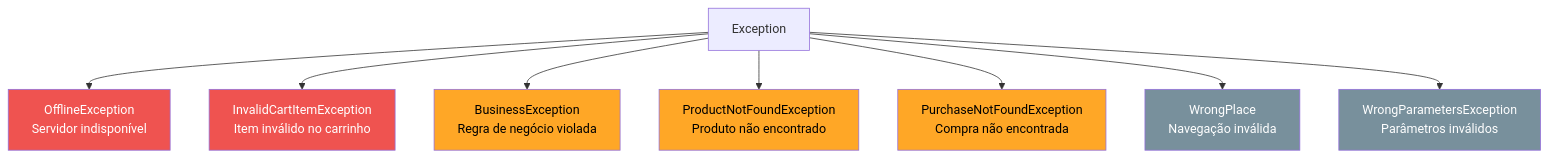
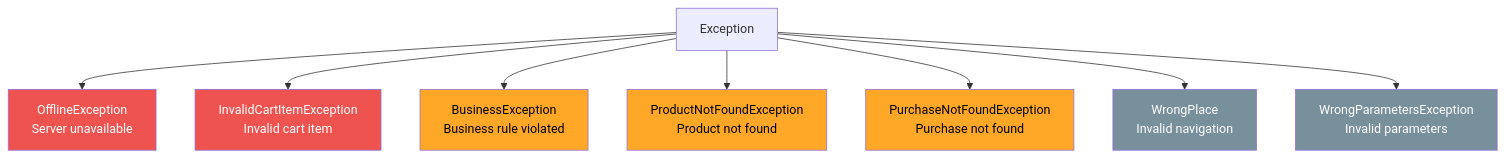
One commit to mrcdom/wdc-cube-kotlin changed the eighth of 10 diagrams in docs/architecture.md. Above: the diagram before and after it, drawn with Mermaid. The commit also changed other lines of this file and 10 other files, not shown here.

First line of the commit message:
docs: architecture docs and top-level READMEs in US English

````diff
--- a/docs/architecture.md
+++ b/docs/architecture.md
@@ -429,19 +429,19 @@
 ```mermaid
 graph TB
     EX[Exception]
-    EX --> OE[OfflineException<br/>Servidor indisponível]
-    EX --> ICE[InvalidCartItemException<br/>Item inválido no carrinho]
-    EX --> BE[BusinessException<br/>Regra de negócio violada]
-    EX --> PNF[ProductNotFoundException<br/>Produto não encontrado]
-    EX --> PUNF[PurchaseNotFoundException<br/>Compra não encontrada]
-    EX --> WP[WrongPlace<br/>Navegação inválida]
-    EX --> WPE[WrongParametersException<br/>Parâmetros inválidos]
+    EX --> OE[OfflineException<br/>Server unavailable]
+    EX --> ICE[InvalidCartItemException<br/>Invalid cart item]
+    EX --> BE[BusinessException<br/>Business rule violated]
+    EX --> PNF[ProductNotFoundException<br/>Product not found]
+    EX --> PUNF[PurchaseNotFoundException<br/>Purchase not found]
+    EX --> WP[WrongPlace<br/>Invalid navigation]
+    EX --> WPE[WrongParametersException<br/>Invalid parameters]
 
     style OE fill:#ef5350,color:#fff
     style ICE fill:#ef5350,color:#fff
     style BE fill:#ffa726,color:#000
     style PNF fill:#ffa726,color:#000
     style PUNF fill:#ffa726,color:#000
     style WP fill:#78909c,color:#fff
     style WPE fill:#78909c,color:#fff
 ```
````
